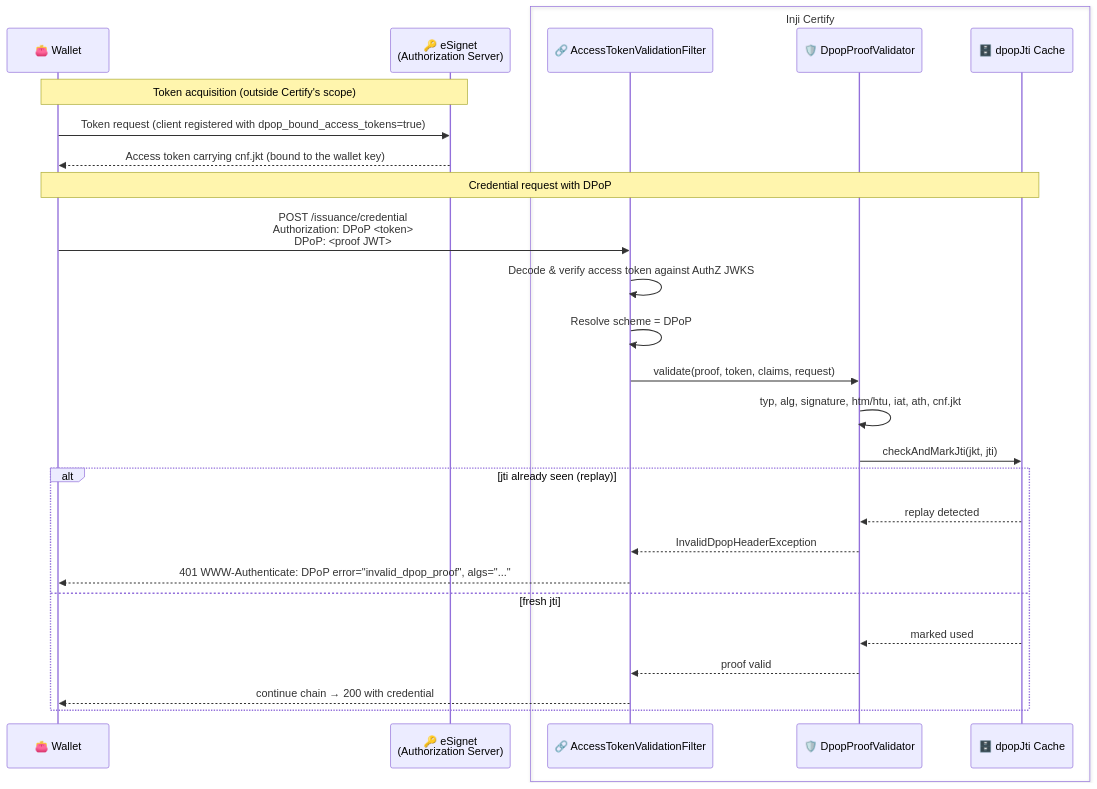
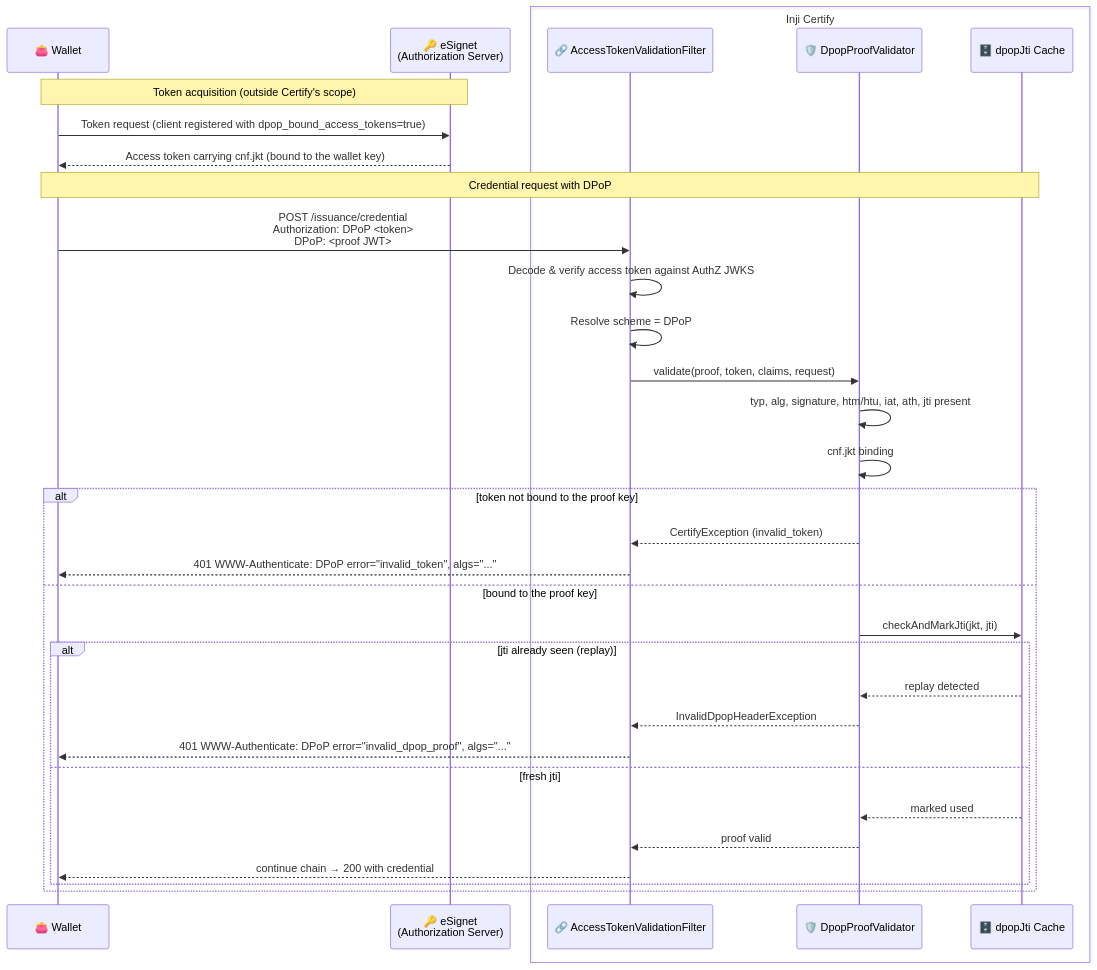
One commit to bernard42/inji-certify changed the diagram in docs/technical_docs/DPoP_Support.md. Above: the diagram before and after it, drawn with Mermaid. The commit also changed other lines of this file, not shown here.

Commit message:
INJICERT #1127 - Update DPoP_Support.md for the binding error code and check order

````diff
--- a/docs/technical_docs/DPoP_Support.md
+++ b/docs/technical_docs/DPoP_Support.md
@@ -79,32 +83,38 @@
 ```mermaid
 sequenceDiagram
     participant W as 👛 Wallet
     participant AS as 🔑 eSignet<br/>(Authorization Server)
     box Inji Certify #E6F3FF
     participant Filter as 🔗 AccessTokenValidationFilter
     participant Validator as 🛡️ DpopProofValidator
     participant Cache as 🗄️ dpopJti Cache
     end
 
     Note over W,AS: Token acquisition (outside Certify's scope)
     W->>AS: Token request (client registered with dpop_bound_access_tokens=true)
     AS-->>W: Access token carrying cnf.jkt (bound to the wallet key)
 
     Note over W,Cache: Credential request with DPoP
     W->>Filter: POST /issuance/credential<br/>Authorization: DPoP <token><br/>DPoP: <proof JWT>
     Filter->>Filter: Decode & verify access token against AuthZ JWKS
     Filter->>Filter: Resolve scheme = DPoP
     Filter->>Validator: validate(proof, token, claims, request)
-    Validator->>Validator: typ, alg, signature, htm/htu, iat, ath, cnf.jkt
-    Validator->>Cache: checkAndMarkJti(jkt, jti)
+    Validator->>Validator: typ, alg, signature, htm/htu, iat, ath, jti present
+    Validator->>Validator: cnf.jkt binding
 
-    alt jti already seen (replay)
-        Cache-->>Validator: replay detected
-        Validator-->>Filter: InvalidDpopHeaderException
-        Filter-->>W: 401 WWW-Authenticate: DPoP error="invalid_dpop_proof", algs="..."
-    else fresh jti
-        Cache-->>Validator: marked used
-        Validator-->>Filter: proof valid
-        Filter-->>W: continue chain → 200 with credential
+    alt token not bound to the proof key
+        Validator-->>Filter: CertifyException (invalid_token)
+        Filter-->>W: 401 WWW-Authenticate: DPoP error="invalid_token", algs="..."
+    else bound to the proof key
+        Validator->>Cache: checkAndMarkJti(jkt, jti)
+        alt jti already seen (replay)
+            Cache-->>Validator: replay detected
+            Validator-->>Filter: InvalidDpopHeaderException
+            Filter-->>W: 401 WWW-Authenticate: DPoP error="invalid_dpop_proof", algs="..."
+        else fresh jti
+            Cache-->>Validator: marked used
+            Validator-->>Filter: proof valid
+            Filter-->>W: continue chain → 200 with credential
+        end
     end
 ```
````
